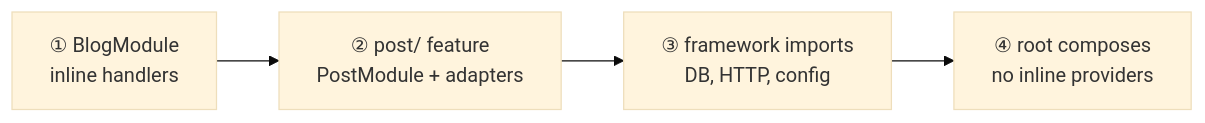
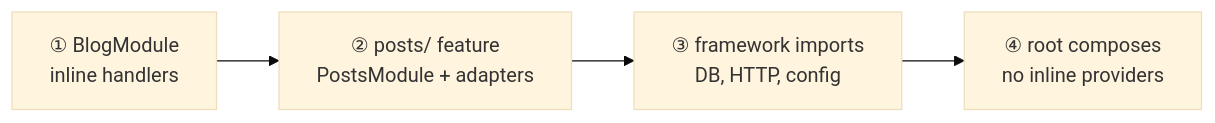
One commit to YV17labs/NestRS changed the first of 5 diagrams in docs/src/content/docs/fundamentals/modules.mdx. Above: the diagram before and after it, drawn with Mermaid (base theme). The commit also changed other lines of this file and 27 other files, not shown here.

````diff
--- a/docs/src/content/docs/fundamentals/modules.mdx
+++ b/docs/src/content/docs/fundamentals/modules.mdx
@@ -23,6 +23,6 @@
 ```mermaid
 flowchart LR
-  A["① BlogModule<br/>inline handlers"] --> B["② post/ feature<br/>PostModule + adapters"]
+  A["① BlogModule<br/>inline handlers"] --> B["② posts/ feature<br/>PostsModule + adapters"]
   B --> C["③ framework imports<br/>DB, HTTP, config"]
   C --> D["④ root composes<br/>no inline providers"]
 ```
````
